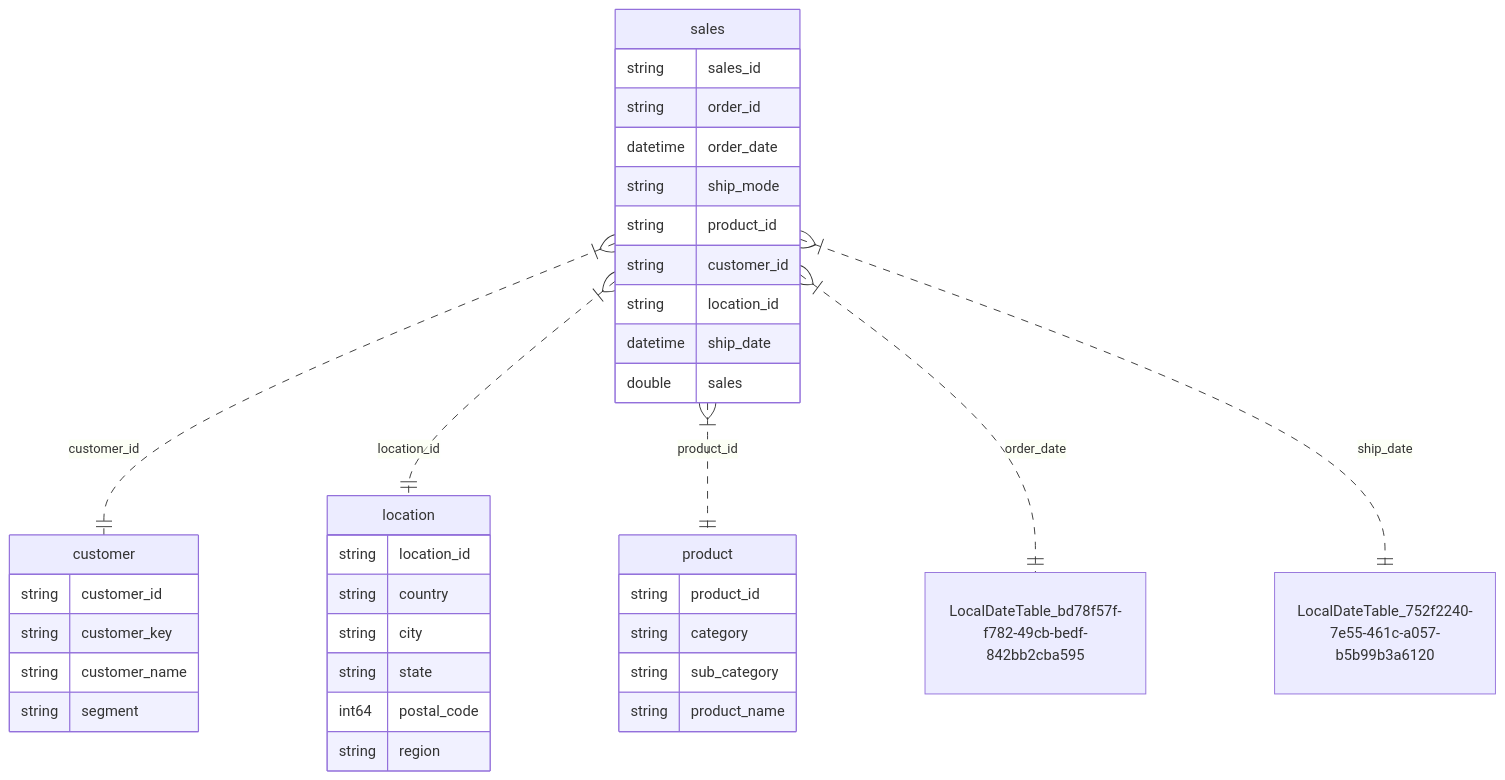
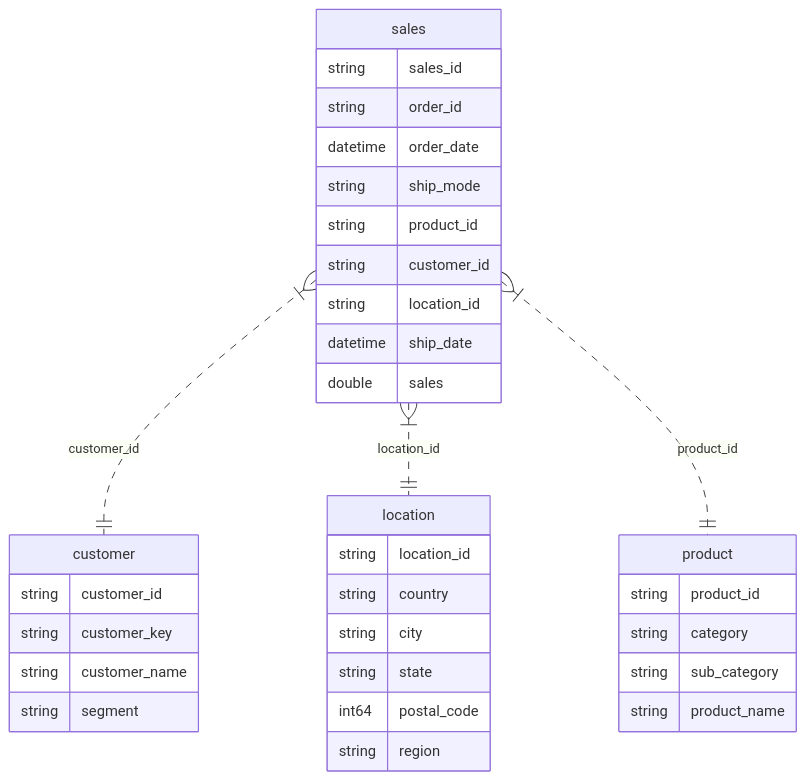
One commit to pval108/sales-data-model-with-githubcopilot changed the diagram in SalesModelDocumentation.md. Above: the diagram before and after it, drawn with Mermaid. The commit also changed other lines of this file, not shown here.

Commit message:
Update ERD to exclude date tables

````diff
--- a/SalesModelDocumentation.md
+++ b/SalesModelDocumentation.md
@@ -5,39 +98,37 @@
 ```mermaid
 erDiagram
 	customer {
 		string customer_id
 		string customer_key
 		string customer_name
 		string segment
 	}
 	location {
 		string location_id
 		string country
 		string city
 		string state
 		int64 postal_code
 		string region
 	}
 	product {
 		string product_id
 		string category
 		string sub_category
 		string product_name
 	}
 	sales {
 		string sales_id
 		string order_id
 		datetime order_date
 		string ship_mode
 		string product_id
 		string customer_id
 		string location_id
 		datetime ship_date
 		double sales
 	}
 	sales }|..|| customer : "customer_id"
 	sales }|..|| location : "location_id"
 	sales }|..|| product : "product_id"
-	sales }|..|| LocalDateTable_bd78f57f-f782-49cb-bedf-842bb2cba595 : "order_date"
-	sales }|..|| LocalDateTable_752f2240-7e55-461c-a057-b5b99b3a6120 : "ship_date"
 ```
````
